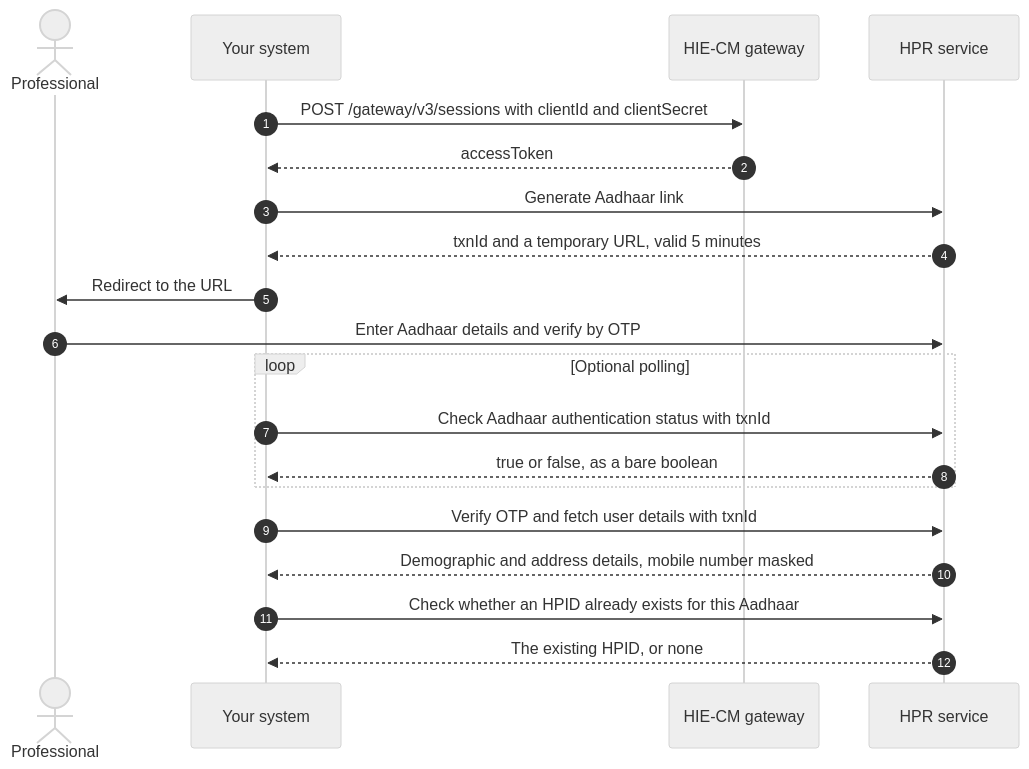
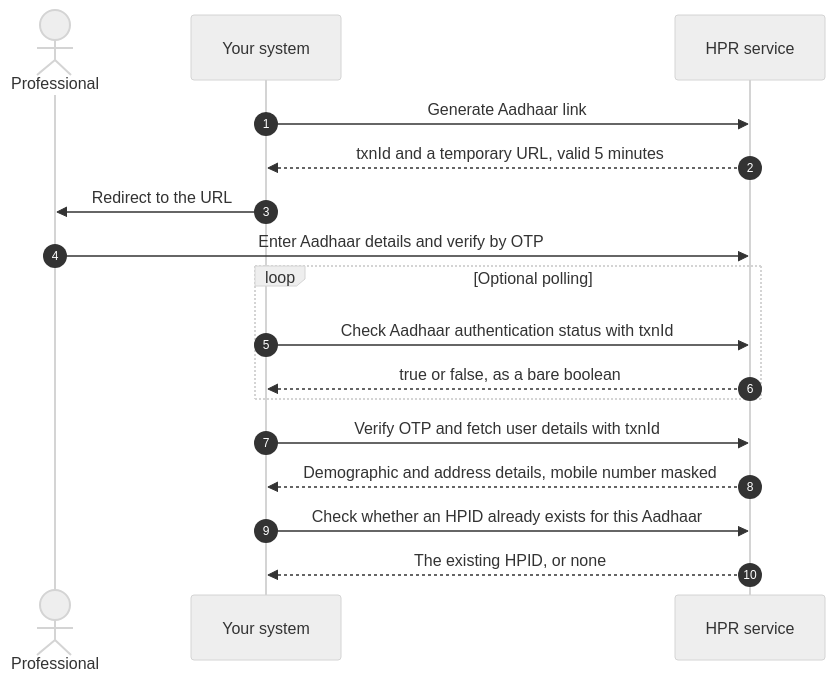
Before and after one commit to nha-in/docs: the first of 6 diagrams in site/docs/hiecm/v3/milestones/m4.mdx, drawn with Mermaid (neutral theme). The commit also changed other lines of this file and 33 other files, not shown here.

````diff
--- a/site/docs/hiecm/v3/milestones/m4.mdx
+++ b/site/docs/hiecm/v3/milestones/m4.mdx
@@ -110,23 +110,20 @@
 ```mermaid
 sequenceDiagram
     autonumber
     actor P as Professional
     participant S as Your system
-    participant G as HIE-CM gateway
     participant H as HPR service
 
-    S->>G: POST /gateway/v3/sessions with clientId and clientSecret
-    G-->>S: accessToken
     S->>H: Generate Aadhaar link
     H-->>S: txnId and a temporary URL, valid 5 minutes
     S->>P: Redirect to the URL
     P->>H: Enter Aadhaar details and verify by OTP
     loop Optional polling
         S->>H: Check Aadhaar authentication status with txnId
         H-->>S: true or false, as a bare boolean
     end
     S->>H: Verify OTP and fetch user details with txnId
     H-->>S: Demographic and address details, mobile number masked
     S->>H: Check whether an HPID already exists for this Aadhaar
     H-->>S: The existing HPID, or none
 ```
````
